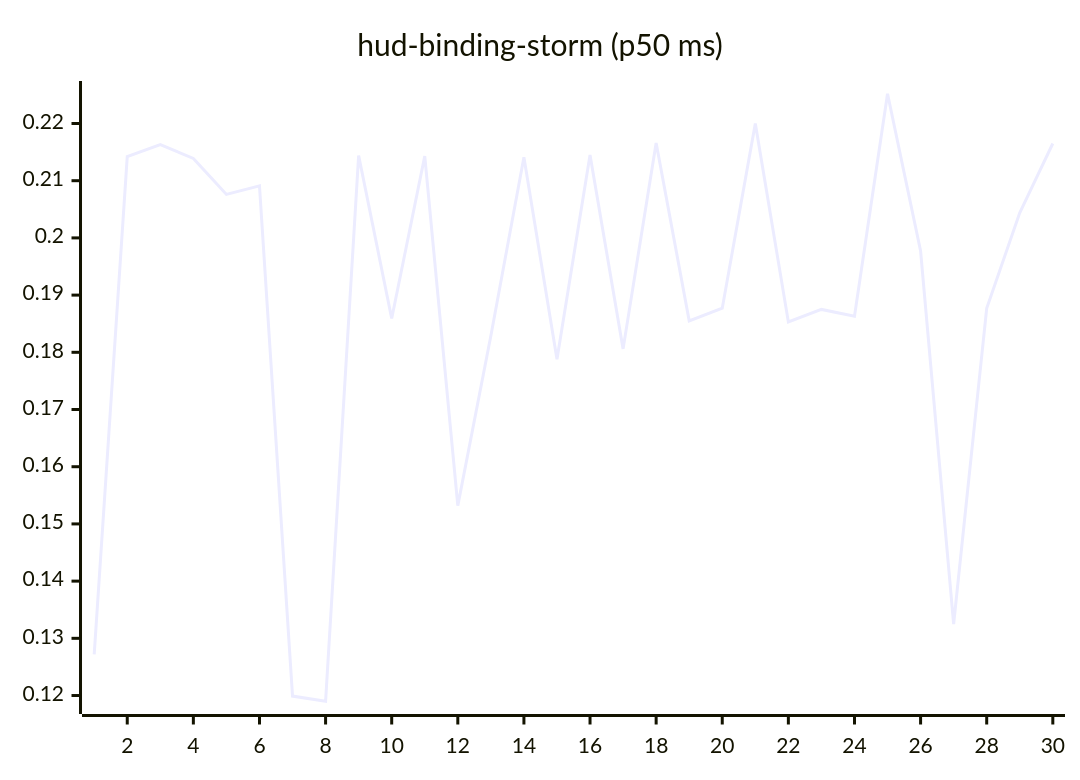
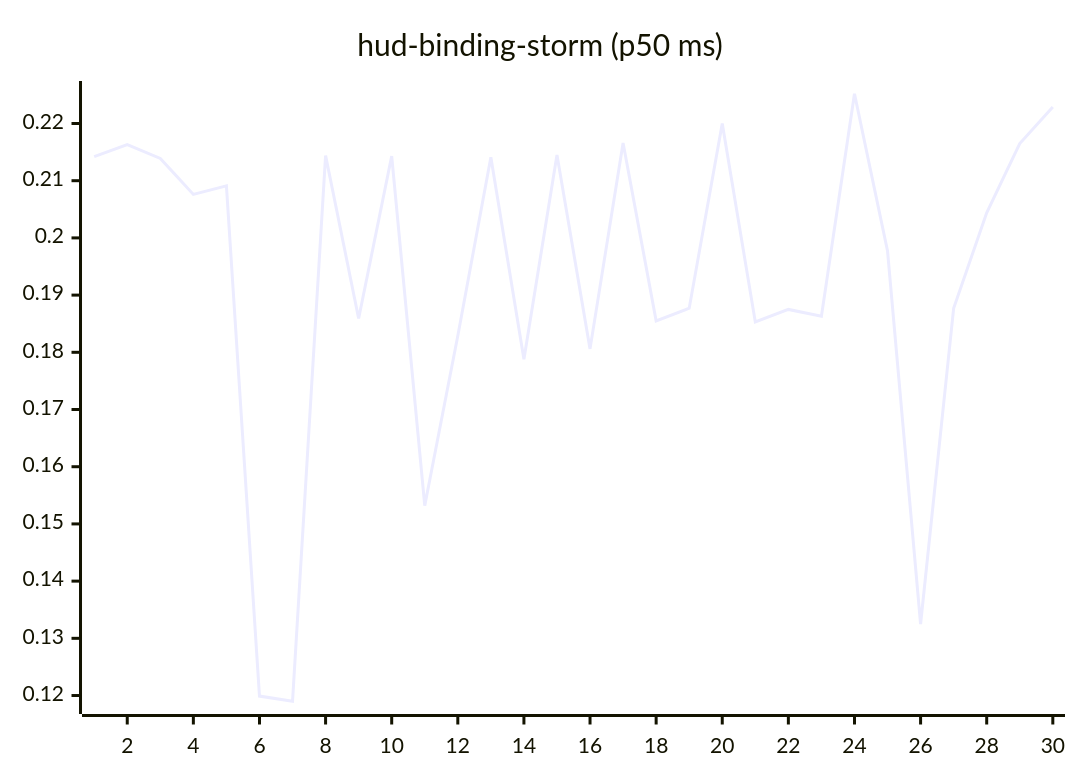
The tenth of 27 diagrams in README.md (josha/Facet), drawn with Mermaid before and after one commit. The commit also changed other lines of this file and 2 other files, not shown here.

````diff
--- a/README.md
+++ b/README.md
@@ -126,6 +126,6 @@
 ```mermaid
 xychart-beta
     title "hud-binding-storm (p50 ms)"
     x-axis 1 --> 30
-    line [0.1272, 0.2142, 0.2163, 0.2139, 0.2076, 0.2091, 0.1199, 0.1190, 0.2144, 0.1859, 0.2143, 0.1532, 0.1829, 0.2141, 0.1788, 0.2145, 0.1806, 0.2166, 0.1855, 0.1877, 0.2200, 0.1853, 0.1875, 0.1863, 0.2252, 0.1977, 0.1325, 0.1877, 0.2044, 0.2165]
+    line [0.2142, 0.2163, 0.2139, 0.2076, 0.2091, 0.1199, 0.1190, 0.2144, 0.1859, 0.2143, 0.1532, 0.1829, 0.2141, 0.1788, 0.2145, 0.1806, 0.2166, 0.1855, 0.1877, 0.2200, 0.1853, 0.1875, 0.1863, 0.2252, 0.1977, 0.1325, 0.1877, 0.2044, 0.2165, 0.2229]
 ```
````
